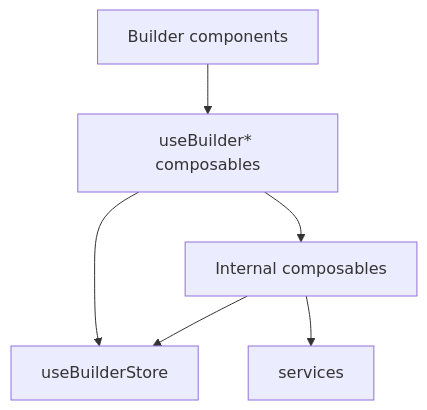
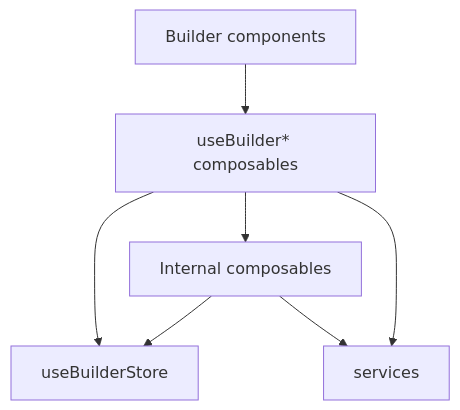
One commit to Jihoon-Yoon96/t-cube changed the diagram in composables/README.md. Above: the diagram before and after it, drawn with Mermaid. The commit also changed other lines of this file and 2 other files, not shown here.

Commit message:
docs: composable 리팩토링 내용 반영

````diff
--- a/composables/README.md
+++ b/composables/README.md
@@ -54,8 +67,9 @@
 ```mermaid
 flowchart TD
-  Component["Builder components"] --> Public["useBuilder* composables"]
-  Public --> Store["useBuilderStore"]
-  Public --> Internal["Internal composables"]
+  Component["Builder components"] --> BuilderComposable["useBuilder* composables"]
+  BuilderComposable --> Store["useBuilderStore"]
+  BuilderComposable --> Internal["Internal composables"]
+  BuilderComposable --> Service["services"]
   Internal --> Store
-  Internal --> Service["services"]
+  Internal --> Service
 ```
````
